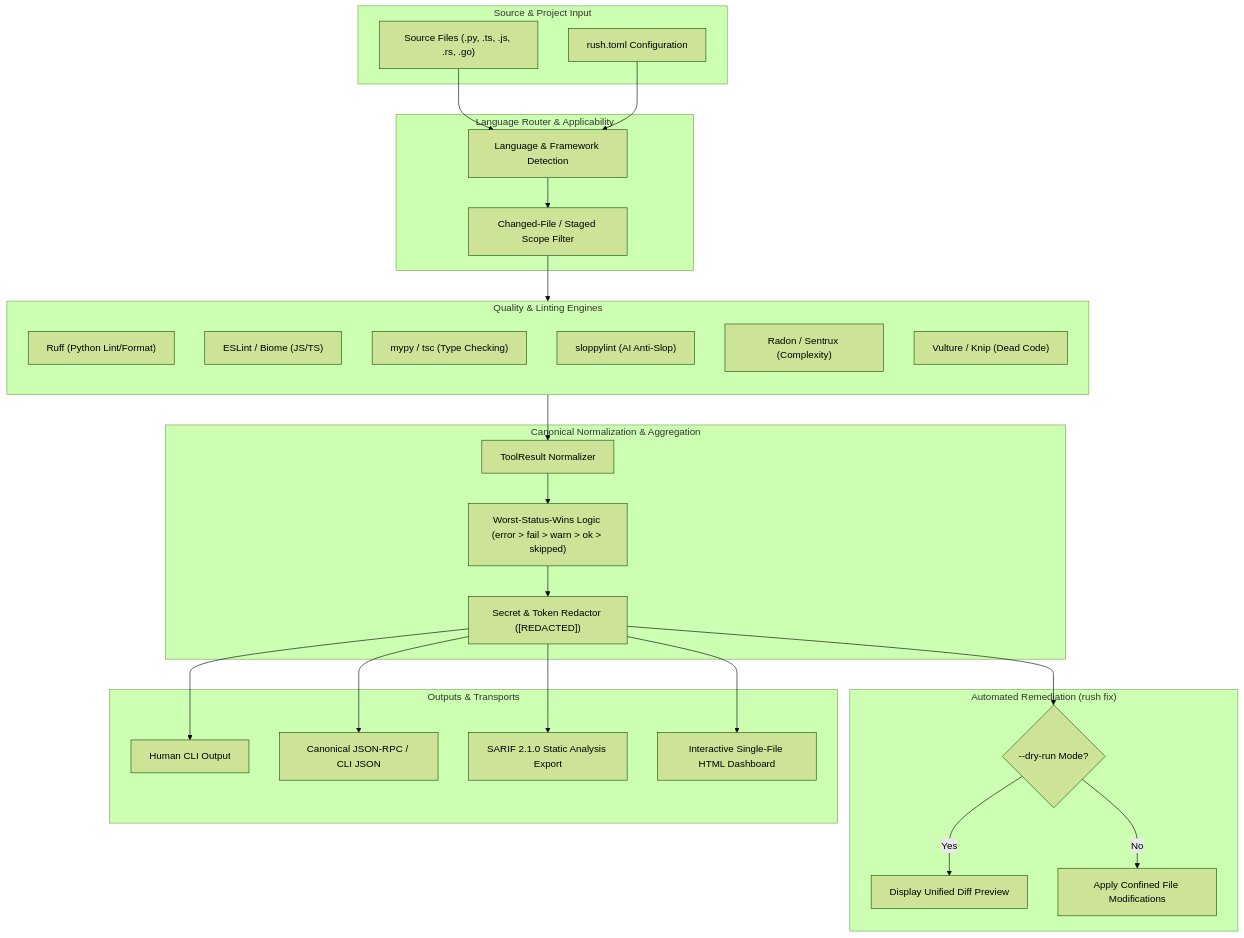
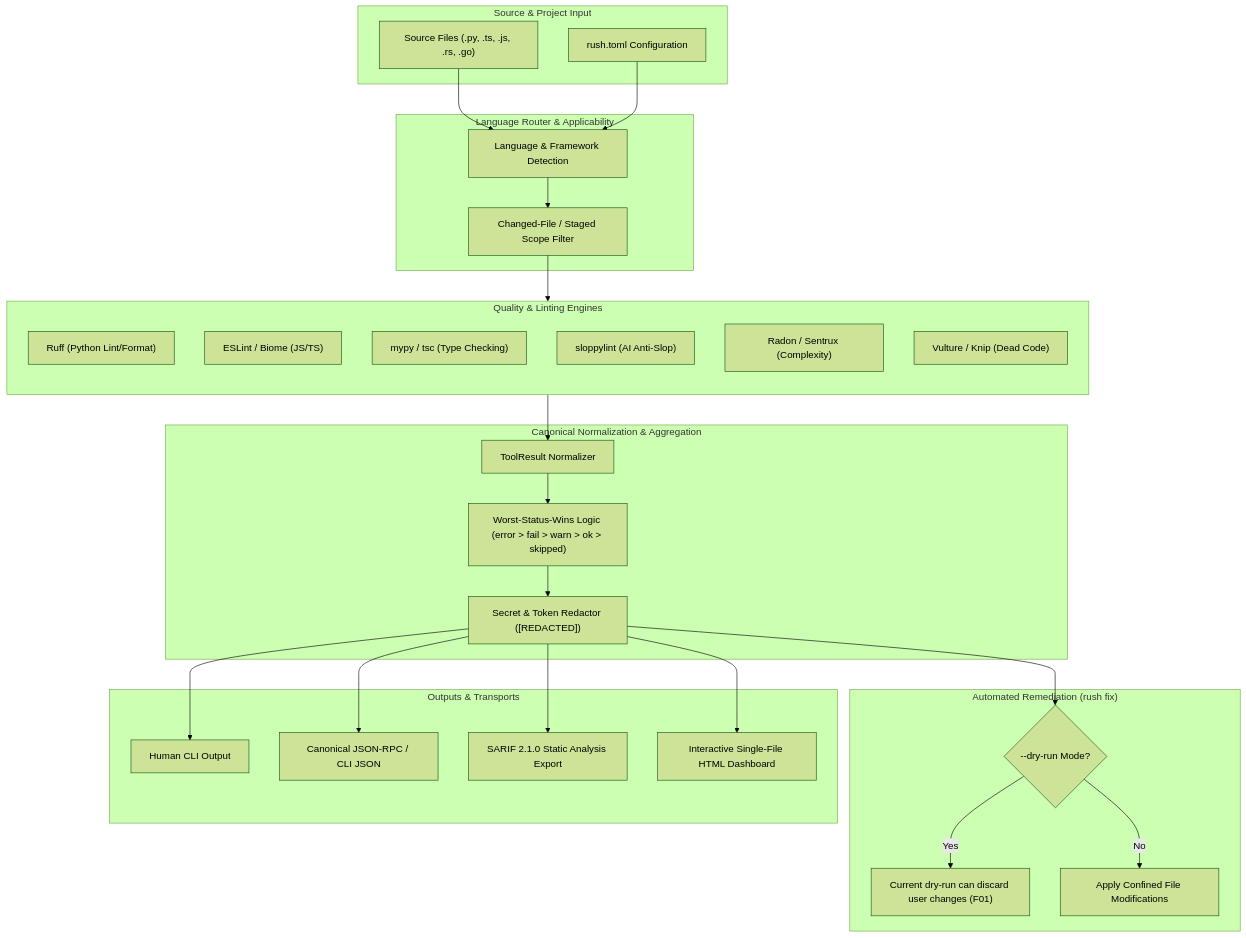
The first of 9 diagrams in docs/BUNDLE_DIAGRAMS.md (jamesdsizemore/rush-cli), drawn with Mermaid (forest theme) before and after one commit. The commit also changed other lines of this file and 227 other files, not shown here.

````diff
--- a/docs/BUNDLE_DIAGRAMS.md
+++ b/docs/BUNDLE_DIAGRAMS.md
@@ -11,56 +13,56 @@
 ```mermaid
 flowchart TB
     subgraph Input["Source & Project Input"]
         Src["Source Files (.py, .ts, .js, .rs, .go)"]
         Config["rush.toml Configuration"]
     end
 
     subgraph Router["Language Router & Applicability"]
         LangDetect["Language & Framework Detection"]
         ScopeFilter["Changed-File / Staged Scope Filter"]
     end
 
     subgraph QualityEngines["Quality & Linting Engines"]
         direction TB
         Ruff["Ruff (Python Lint/Format)"]
         ESLint["ESLint / Biome (JS/TS)"]
         Mypy["mypy / tsc (Type Checking)"]
         SloppyLint["sloppylint (AI Anti-Slop)"]
         Radon["Radon / Sentrux (Complexity)"]
         Vulture["Vulture / Knip (Dead Code)"]
     end
 
     subgraph Aggregator["Canonical Normalization & Aggregation"]
         Norm["ToolResult Normalizer"]
         WorstStatus["Worst-Status-Wins Logic (error > fail > warn > ok > skipped)"]
         Redact["Secret & Token Redactor ([REDACTED])"]
     end
 
     subgraph Remediation["Automated Remediation (rush fix)"]
         DryRun{"--dry-run Mode?"}
-        Preview["Display Unified Diff Preview"]
+        Preview["Current dry-run can discard user changes (F01)"]
         Apply["Apply Confined File Modifications"]
     end
 
     subgraph Output["Outputs & Transports"]
         CLI_Out["Human CLI Output"]
         JSON_Out["Canonical JSON-RPC / CLI JSON"]
         SARIF_Out["SARIF 2.1.0 Static Analysis Export"]
         HTML_Out["Interactive Single-File HTML Dashboard"]
     end
 
     Src --> LangDetect
     Config --> LangDetect
     LangDetect --> ScopeFilter
     ScopeFilter --> QualityEngines
     QualityEngines --> Norm
     Norm --> WorstStatus
     WorstStatus --> Redact
     Redact --> DryRun
     DryRun -- Yes --> Preview
     DryRun -- No --> Apply
     Redact --> CLI_Out
     Redact --> JSON_Out
     Redact --> SARIF_Out
     Redact --> HTML_Out
 ```
````
